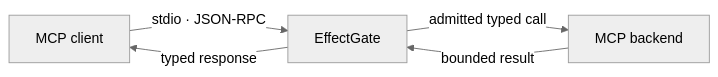
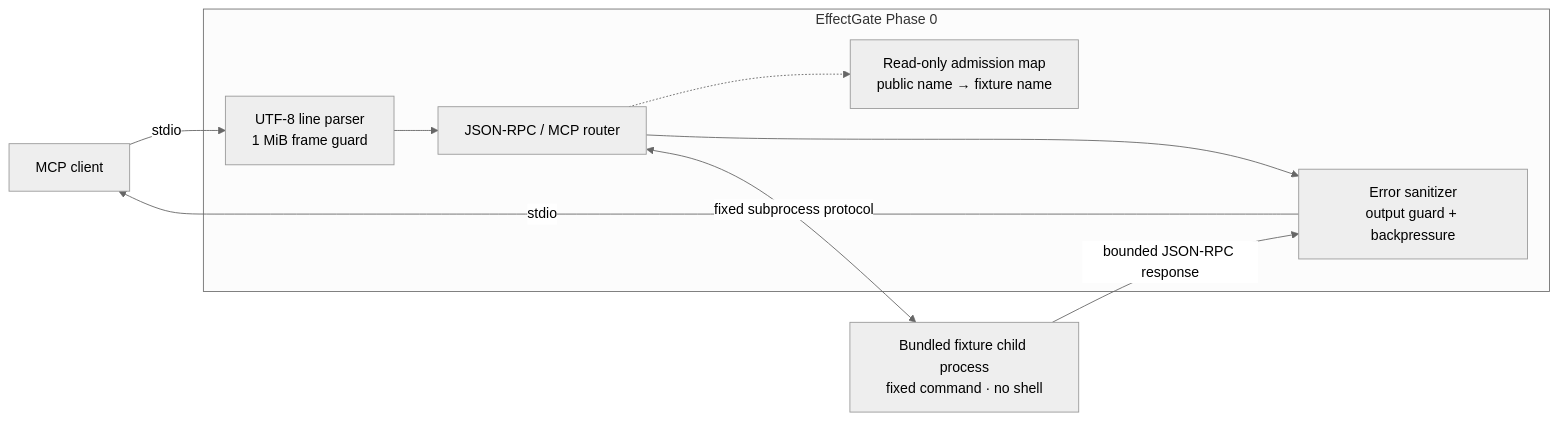
The diagram in README.md (Miniks040506/EffectGate), drawn with Mermaid (neutral theme) before and after one commit. The commit also changed other lines of this file, not shown here.

Commit message:
docs: deepen EffectGate technical overview

````diff
--- a/README.md
+++ b/README.md
@@ -29,7 +56,22 @@
 ```mermaid
 flowchart LR
-    A["MCP client"] -->|"stdio · JSON-RPC"| B["EffectGate"]
-    B -->|"admitted typed call"| C["MCP backend"]
-    C -->|"bounded result"| B
-    B -->|"typed response"| A
+    Client["MCP client"]
+
+    subgraph Gate["EffectGate Phase 0"]
+        Input["UTF-8 line parser<br/>1 MiB frame guard"]
+        Router["JSON-RPC / MCP router"]
+        Catalog["Read-only admission map<br/>public name → fixture name"]
+        Output["Error sanitizer<br/>output guard + backpressure"]
+
+        Input --> Router
+        Router -.-> Catalog
+        Router --> Output
+    end
+
+    Fixture["Bundled fixture child process<br/>fixed command · no shell"]
+
+    Client -->|"stdio"| Input
+    Router <-->|"fixed subprocess protocol"| Fixture
+    Fixture -->|"bounded JSON-RPC response"| Output
+    Output -->|"stdio"| Client
 ```
````
